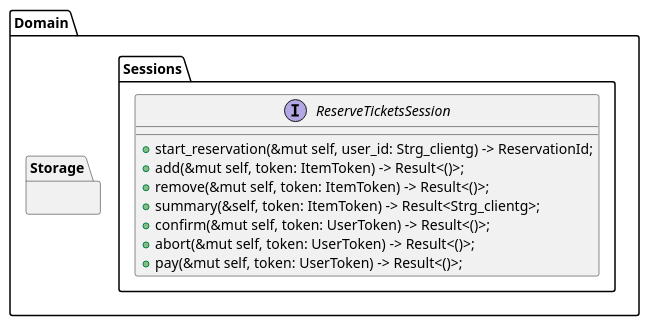
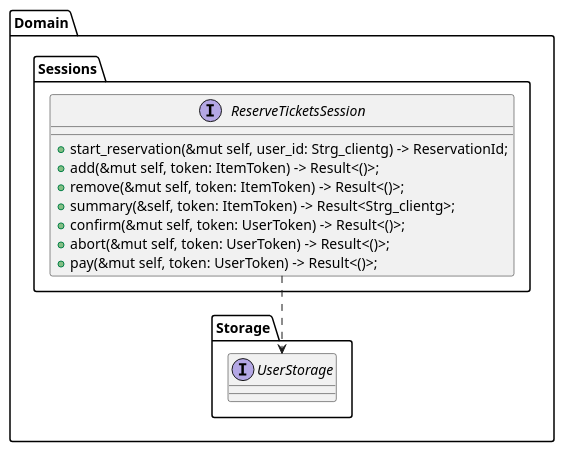
One commit to Deuchier/flight_manager_V1 changed the diagram in doc/design/dcd.puml. Above: the diagram before and after it, drawn with PlantUML. The commit also changed 9 other files, not shown here.

Commit message:
- Add UserStorage - Add Reservation - Update doc

```diff
--- a/doc/design/dcd.puml
+++ b/doc/design/dcd.puml
@@ -1,21 +1,25 @@
 @startuml
 
 package Domain {
     package Sessions {
         interface ReserveTicketsSession {
             +start_reservation(&mut self, user_id: Strg_clientg) -> ReservationId;
             +add(&mut self, token: ItemToken) -> Result<()>;
             +remove(&mut self, token: ItemToken) -> Result<()>;
             +summary(&self, token: ItemToken) -> Result<Strg_clientg>;
             +confirm(&mut self, token: UserToken) -> Result<()>;
             +abort(&mut self, token: UserToken) -> Result<()>;
             +pay(&mut self, token: UserToken) -> Result<()>;
         }
     }
 
     package Storage {
+        interface UserStorage
+
 
     }
+
+    ReserveTicketsSession ..> UserStorage
 }
 
 @enduml
```
